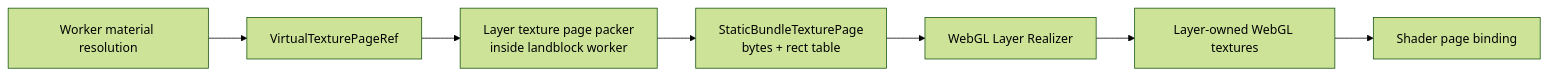
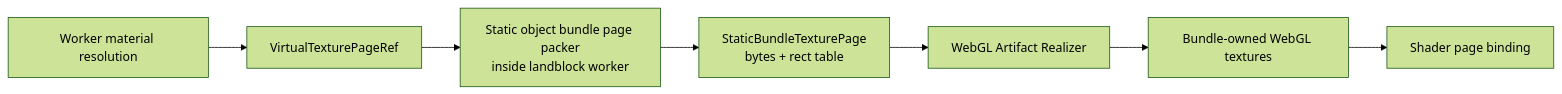
Before and after one commit to merklejerk/holtburger: the sixth of 10 diagrams in docs/plans/holtburger-3d-static-landblock-render-bundle-replacement-plan.md, drawn with Mermaid (forest theme). The commit also changed other lines of this file and 3 other files, not shown here.

````diff
--- a/docs/plans/holtburger-3d-static-landblock-render-bundle-replacement-plan.md
+++ b/docs/plans/holtburger-3d-static-landblock-render-bundle-replacement-plan.md
@@ -819,9 +858,9 @@
 ```mermaid
 flowchart LR
     A[Worker material resolution] --> B[VirtualTexturePageRef]
-    B --> C[Layer texture page packer<br/>inside landblock worker]
+    B --> C[Static object bundle page packer<br/>inside landblock worker]
     C --> D[StaticBundleTexturePage<br/>bytes + rect table]
-    D --> E[WebGL Layer Realizer]
-    E --> F[Layer-owned WebGL textures]
+    D --> E[WebGL Artifact Realizer]
+    E --> F[Bundle-owned WebGL textures]
     F --> G[Shader page binding]
 ```
````
